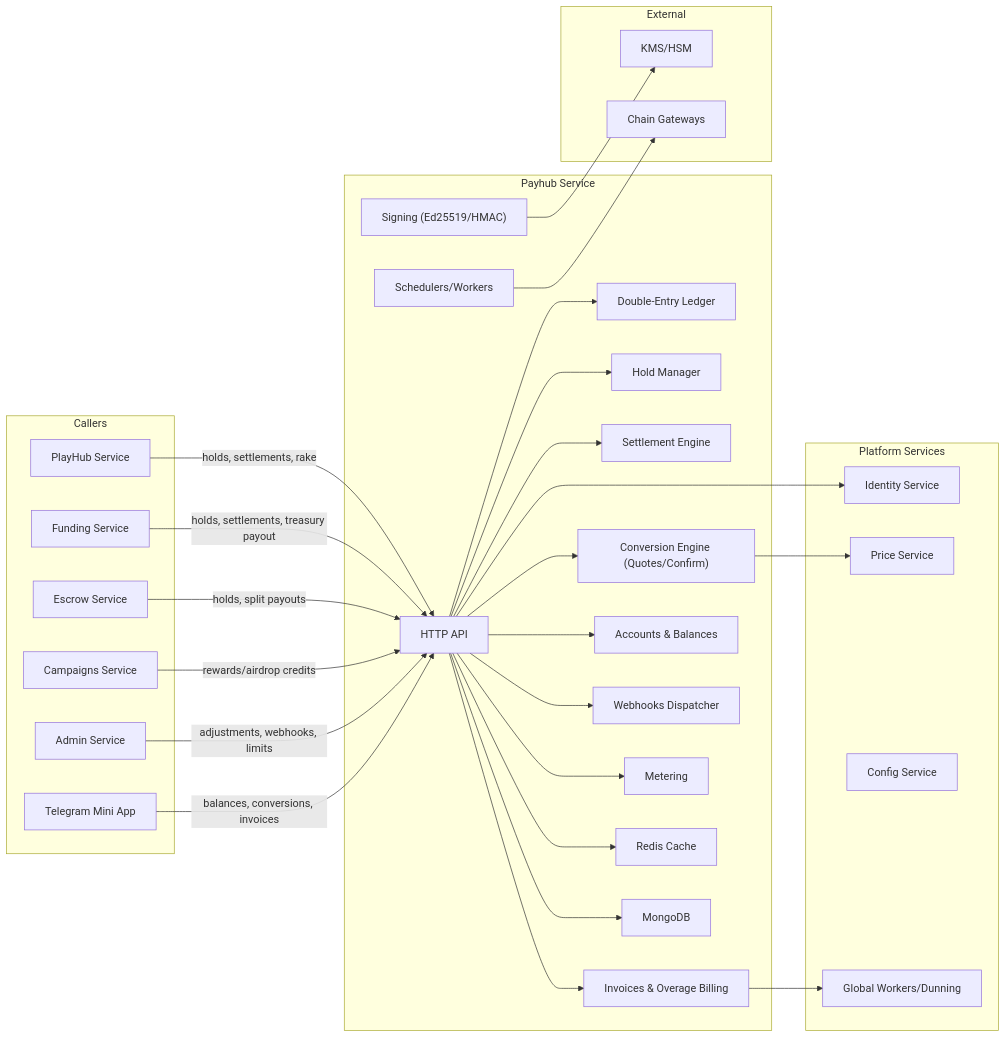
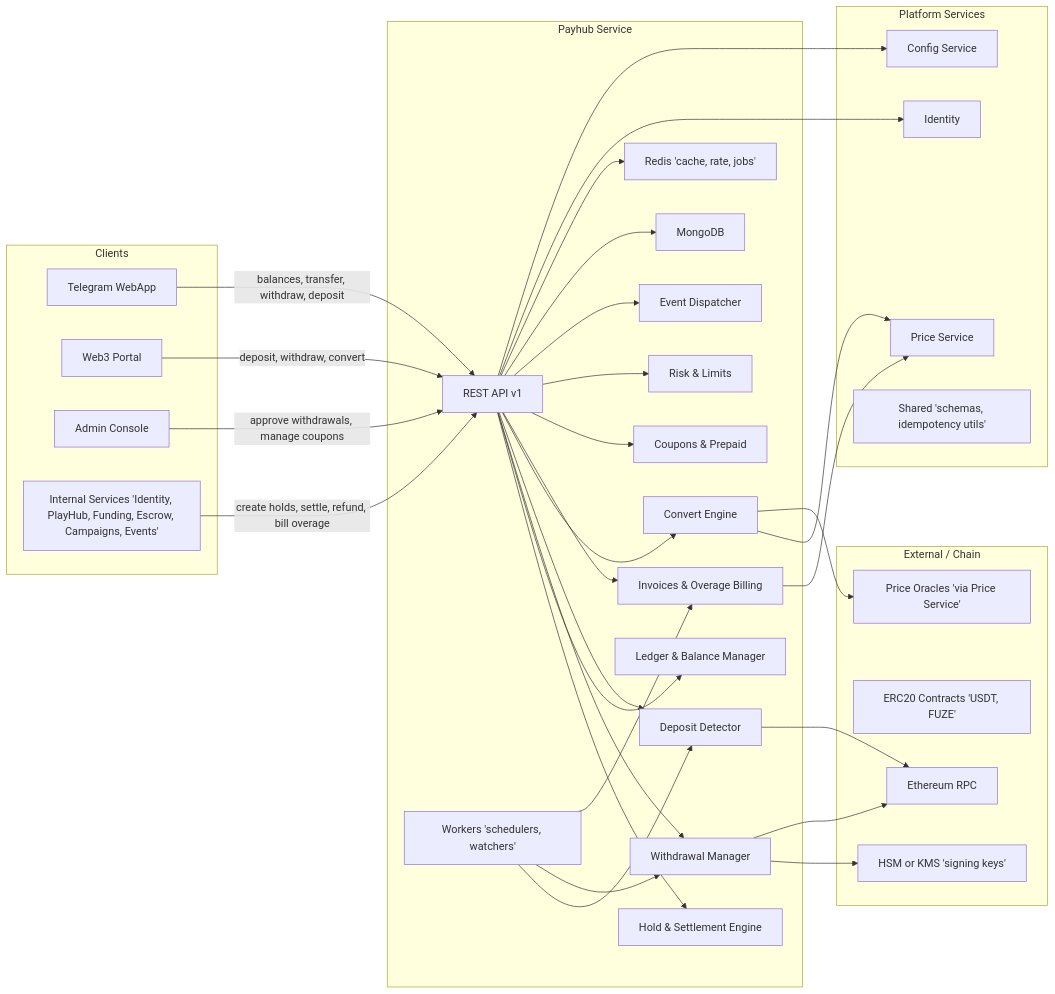
Before and after one commit to fuzeac/fuze-telegram-mini-app: the first of 5 diagrams in miniapp-payhub-service.md, drawn with Mermaid. The commit also changed other lines of this file, not shown here.

````diff
--- a/miniapp-payhub-service.md
+++ b/miniapp-payhub-service.md
@@ -11,63 +11,71 @@
 ```mermaid
 flowchart LR
-  subgraph Callers
-    PH["PlayHub Service"]
-    FUN["Funding Service"]
-    ESC["Escrow Service"]
-    CMP["Campaigns Service"]
-    ADM["Admin Service"]
-    WEB["Telegram Mini App"]
+  subgraph "Clients"
+    TG["Telegram WebApp"]
+    W3["Web3 Portal"]
+    ADM["Admin Console"]
+    SVC["Internal Services 'Identity, PlayHub, Funding, Escrow, Campaigns, Events'"]
   end
 
   subgraph "Payhub Service"
-    API["HTTP API"]
-    LED["Double-Entry Ledger"]
-    HLD["Hold Manager"]
-    SET["Settlement Engine"]
-    FX["Conversion Engine (Quotes/Confirm)"]
+    API["REST API v1"]
+    HLD["Hold & Settlement Engine"]
+    LGR["Ledger & Balance Manager"]
+    WDR["Withdrawal Manager"]
+    DEP["Deposit Detector"]
+    CNV["Convert Engine"]
     INV["Invoices & Overage Billing"]
-    ACC["Accounts & Balances"]
-    WH["Webhooks Dispatcher"]
-    MTR["Metering"]
-    JOB["Schedulers/Workers"]
-    CCH["Redis Cache"]
+    CPT["Coupons & Prepaid"]
+    RSK["Risk & Limits"]
+    EVT["Event Dispatcher"]
     DB["MongoDB"]
-    SIG["Signing (Ed25519/HMAC)"]
+    RDS["Redis 'cache, rate, jobs'"]
+    WRK["Workers 'schedulers, watchers'"]
+  end
+
+  subgraph "External / Chain"
+    ETH["Ethereum RPC"]
+    ERC["ERC20 Contracts 'USDT, FUZE'"]
+    KMS["HSM or KMS 'signing keys'"]
+    ORA["Price Oracles 'via Price Service'"]
   end
 
   subgraph "Platform Services"
-    IDN["Identity Service"]
-    PRC["Price Service"]
+    ID["Identity"]
     CFG["Config Service"]
-    WRK["Global Workers/Dunning"]
+    PRICE["Price Service"]
+    SHD["Shared 'schemas, idempotency utils'"]
   end
 
-  subgraph "External"
-    KMS["KMS/HSM"]
-    CHA["Chain Gateways"]
-  end
+  TG -->|balances, transfer, withdraw, deposit| API
+  W3 -->|deposit, withdraw, convert| API
+  ADM -->|approve withdrawals, manage coupons| API
+  SVC -->|create holds, settle, refund, bill overage| API
 
-  PH -->|holds, settlements, rake| API
-  FUN -->|holds, settlements, treasury payout| API
-  ESC -->|holds, split payouts| API
-  CMP -->|rewards/airdrop credits| API
-  ADM -->|adjustments, webhooks, limits| API
-  WEB -->|balances, conversions, invoices| API
+  API --> HLD
+  API --> LGR
+  API --> WDR
+  API --> DEP
+  API --> CNV
+  API --> INV
+  API --> CPT
+  API --> RSK
+  API --> EVT
+  API --> DB
+  API --> RDS
+  WRK --> DEP
+  WRK --> WDR
+  WRK --> INV
 
-  API --> ACC
-  API --> LED
-  API --> HLD
-  API --> SET
-  API --> FX
-  API --> INV
-  API --> MTR
-  API --> WH
-  API --> DB
-  API --> CCH
+  %% cross-service
+  API --> ID
+  API --> CFG
+  CNV --> PRICE
+  INV --> PRICE
 
-  FX --> PRC
-  INV --> WRK
-  API --> IDN
-  SIG --> KMS
-  JOB --> CHA
+  %% chain
+  WDR --> KMS
+  WDR --> ETH
+  DEP --> ETH
+  CNV --> ORA
 ```
````
